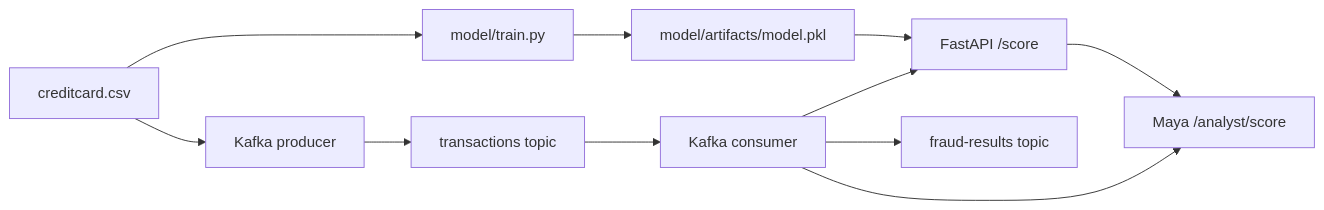
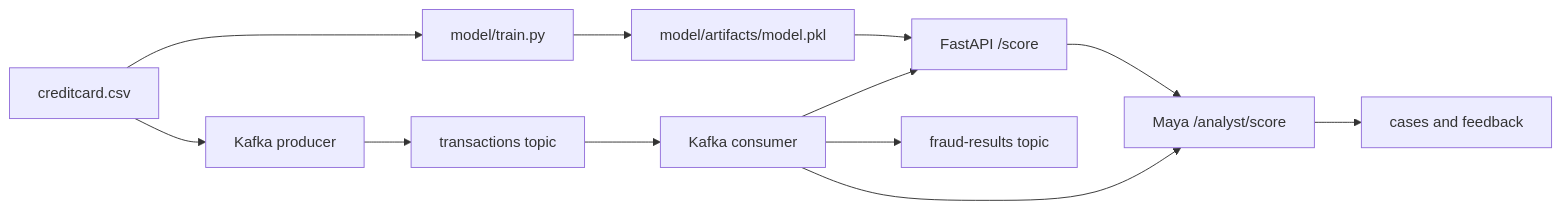
One commit to Mouhamedsouhail/fraud-detection-api changed the diagram in docs/ARCHITECTURE.md. Above: the diagram before and after it, drawn with Mermaid. The commit also changed other lines of this file and 24 other files, not shown here.

````diff
--- a/docs/ARCHITECTURE.md
+++ b/docs/ARCHITECTURE.md
@@ -11,13 +12,14 @@
 ```mermaid
 flowchart LR
     CSV["creditcard.csv"] --> Train["model/train.py"]
     Train --> Artifact["model/artifacts/model.pkl"]
     Artifact --> API["FastAPI /score"]
     API --> Analyst["Maya /analyst/score"]
+    Analyst --> Cases["cases and feedback"]
     CSV --> Producer["Kafka producer"]
     Producer --> Transactions["transactions topic"]
     Transactions --> Consumer["Kafka consumer"]
     Consumer --> API
     Consumer --> Analyst
     Consumer --> Results["fraud-results topic"]
 ```
````
